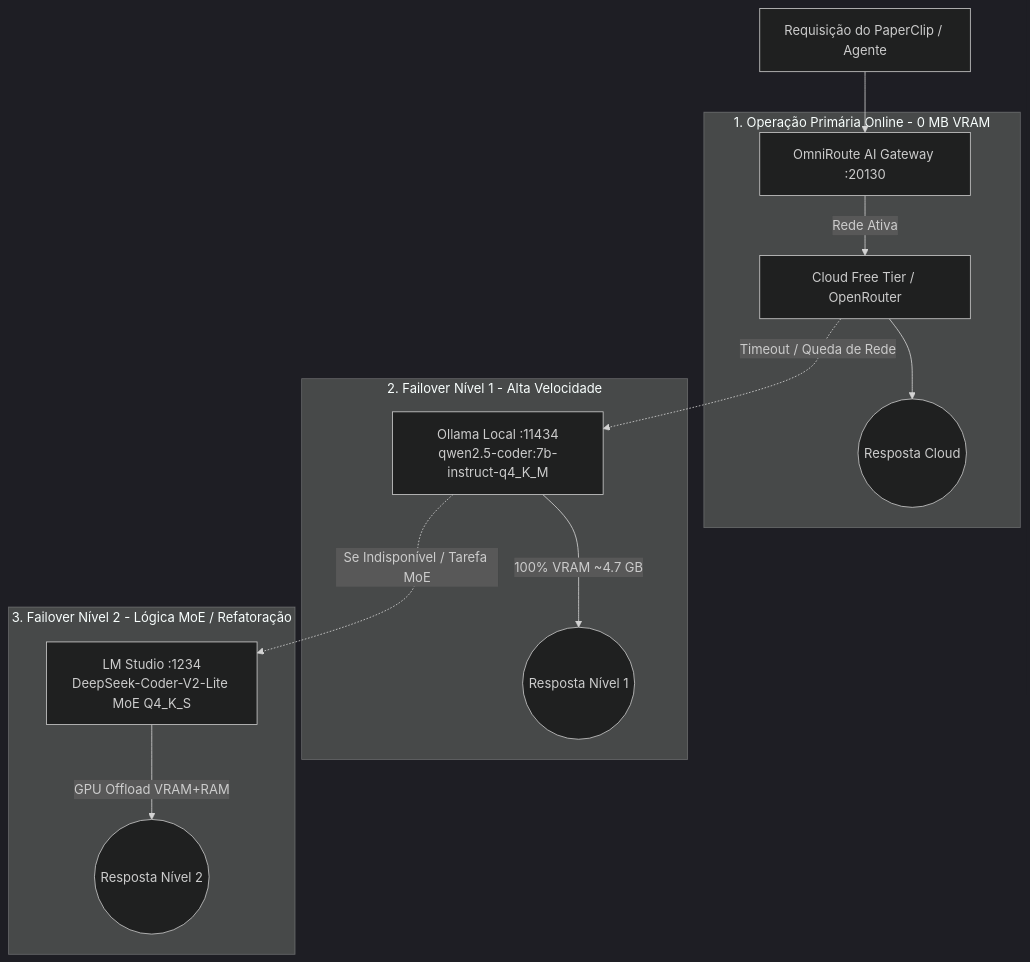
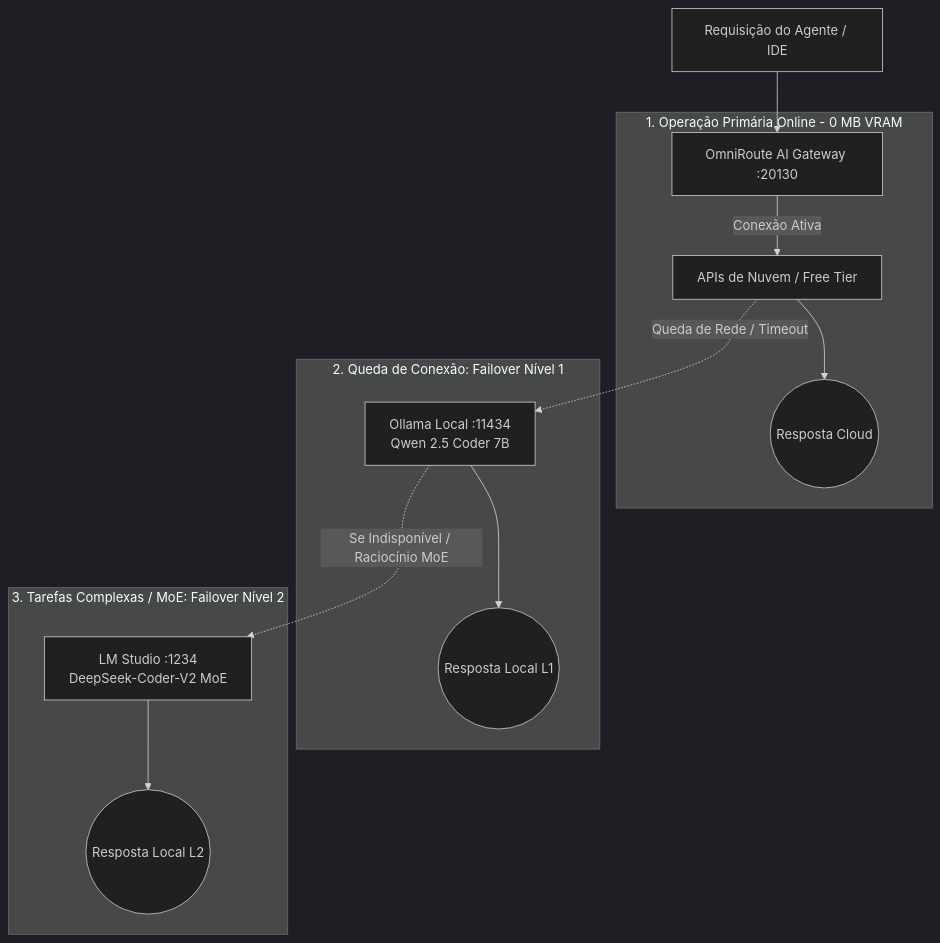
The fourth of 4 diagrams in README.md (EnterDufter/PromptCoreLabs_AEOS), drawn with Mermaid (dark theme) before and after one commit. The commit also changed other lines of this file and 1 other file, not shown here.

````diff
--- a/README.md
+++ b/README.md
@@ -260,19 +213,19 @@
 ```mermaid
 flowchart TD
-    Req[Requisição do PaperClip / Agente] --> OmniRoute[OmniRoute AI Gateway :20130]
+    Req[Requisição do Agente / IDE] --> Gateway[OmniRoute AI Gateway :20130]
     
     subgraph ModoOnline [1. Operação Primária Online - 0 MB VRAM]
-        OmniRoute -->|Rede Ativa| CloudAPI[Cloud Free Tier / OpenRouter]
-        CloudAPI --> SuccessCloud((Resposta Cloud))
+        Gateway -->|Conexão Ativa| CloudAPI[APIs de Nuvem / Free Tier]
+        CloudAPI --> ResCloud((Resposta Cloud))
     end
     
-    subgraph FailoverL1 [2. Failover Nível 1 - Alta Velocidade]
-        CloudAPI -.->|Timeout / Queda de Rede| OllamaLocal[Ollama Local :11434<br>qwen2.5-coder:7b-instruct-q4_K_M]
-        OllamaLocal -->|100% VRAM ~4.7 GB| SuccessOllama((Resposta Nível 1))
+    subgraph FailoverL1 [2. Queda de Conexão: Failover Nível 1]
+        CloudAPI -.->|Queda de Rede / Timeout| OllamaLocal[Ollama Local :11434<br>Qwen 2.5 Coder 7B]
+        OllamaLocal --> ResOllama((Resposta Local L1))
     end
     
-    subgraph FailoverL2 [3. Failover Nível 2 - Lógica MoE / Refatoração]
-        OllamaLocal -.->|Se Indisponível / Tarefa MoE| LMStudioLocal[LM Studio :1234<br>DeepSeek-Coder-V2-Lite MoE Q4_K_S]
-        LMStudioLocal -->|GPU Offload VRAM+RAM| SuccessLMS((Resposta Nível 2))
+    subgraph FailoverL2 [3. Tarefas Complexas / MoE: Failover Nível 2]
+        OllamaLocal -.->|Se Indisponível / Raciocínio MoE| LMStudioLocal[LM Studio :1234<br>DeepSeek-Coder-V2 MoE]
+        LMStudioLocal --> ResLMS((Resposta Local L2))
     end
 ```
````
